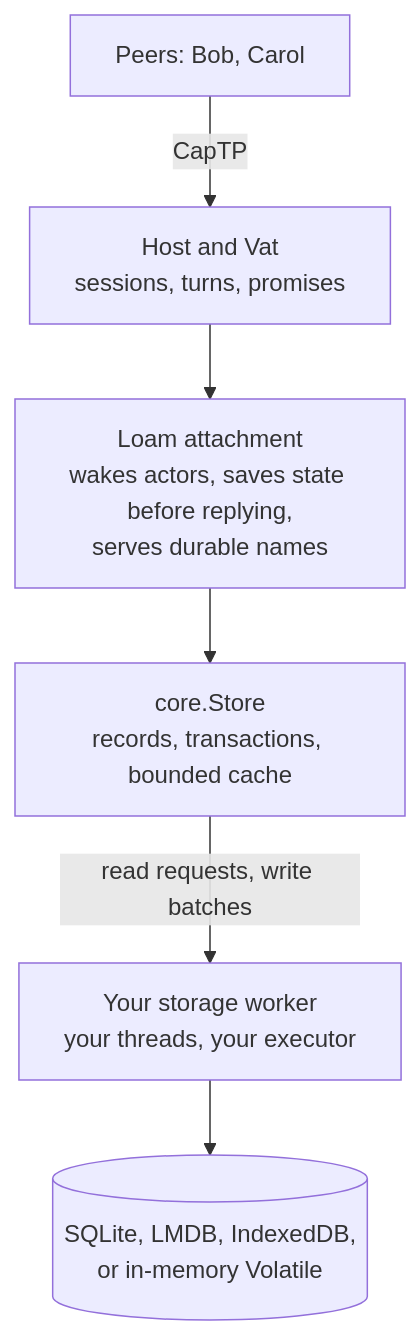
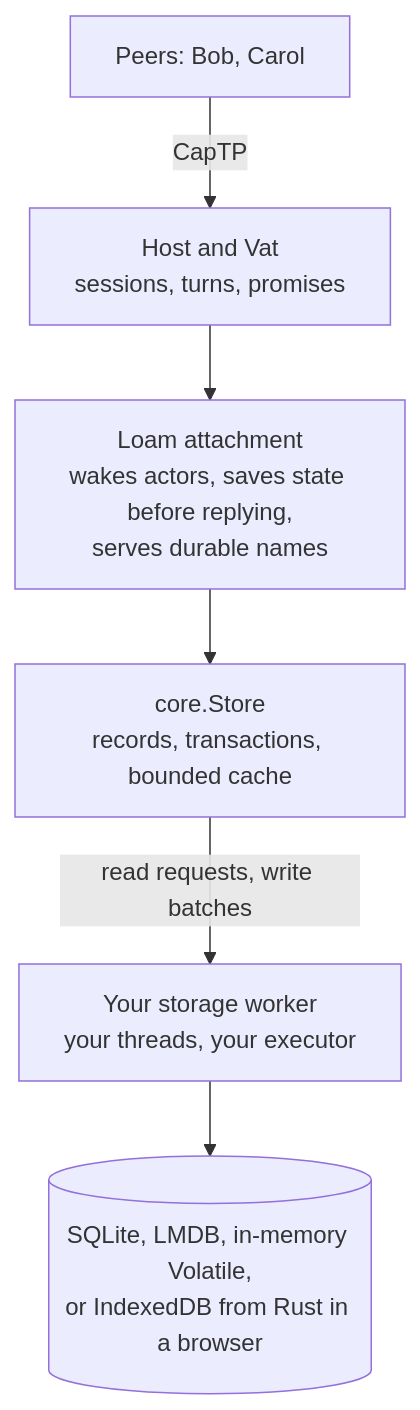
One commit to glowcap-org/glowcap changed the first of 2 diagrams in docs/loam.md. Above: the diagram before and after it, drawn with Mermaid. The commit also changed other lines of this file and 1023 other files, not shown here.

````diff
--- a/docs/loam.md
+++ b/docs/loam.md
@@ -38,8 +38,8 @@
 ```mermaid
 flowchart TB
     Peers["Peers: Bob, Carol"] -->|CapTP| Host["Host and Vat<br/>sessions, turns, promises"]
     Host --> Attachment["Loam attachment<br/>wakes actors, saves state before replying,<br/>serves durable names"]
     Attachment --> Store["core.Store<br/>records, transactions, bounded cache"]
     Store -->|"read requests, write batches"| Worker["Your storage worker<br/>your threads, your executor"]
-    Worker --> Engine[("SQLite, LMDB, IndexedDB,<br/>or in-memory Volatile")]
+    Worker --> Engine[("SQLite, LMDB, in-memory Volatile,<br/>or IndexedDB from Rust in a browser")]
 ```
````
